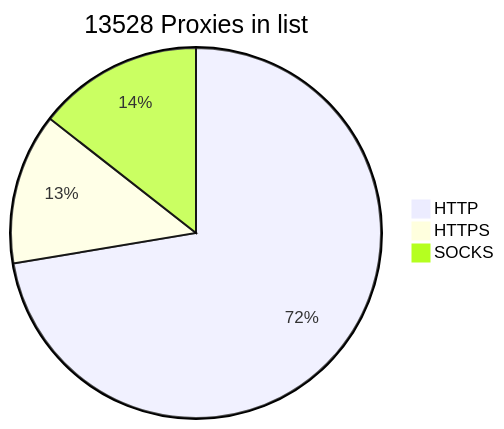
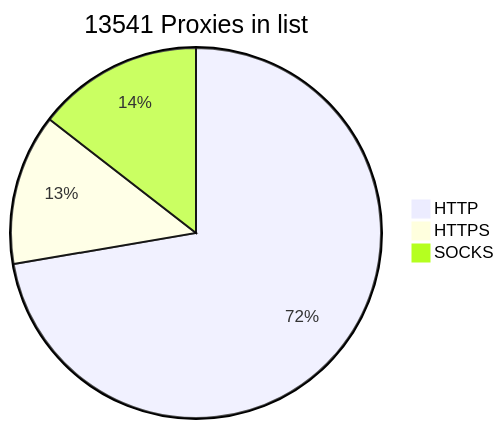
Before and after one commit to BlackSnowDot/proxylist-update-every-minute: the diagram in README.md, drawn with Mermaid.

````diff
--- a/README.md
+++ b/README.md
@@ -2,6 +2,6 @@
 ```mermaid
-pie title 13528 Proxies in list
-    "HTTP" : 10290
+pie title 13541 Proxies in list
+    "HTTP" : 10291
     "HTTPS": 1877
-    "SOCKS" : 2051
+    "SOCKS" : 2063
 ```
````
